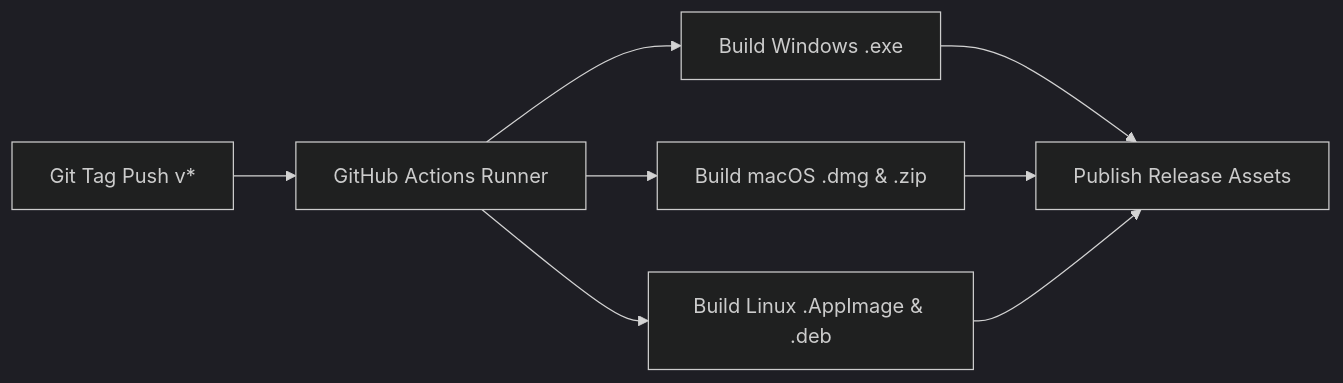
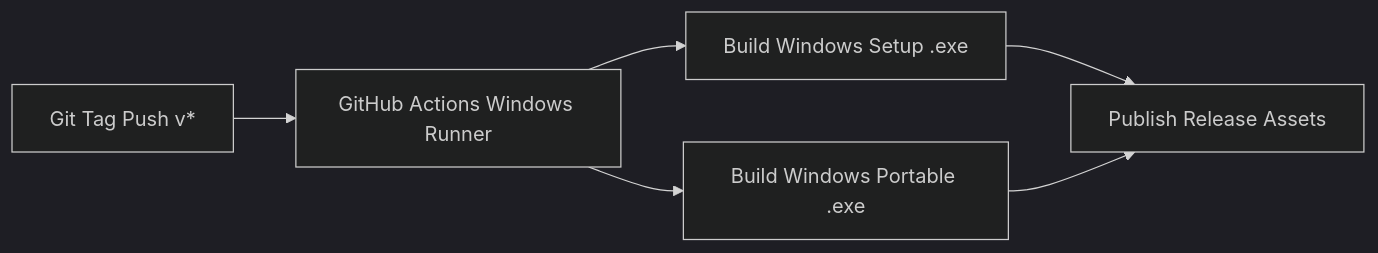
Before and after one commit to SuryaK999/Mini-Music-Desktop-Player-: the first of 2 diagrams in README.md, drawn with Mermaid (dark theme). The commit also changed other lines of this file, not shown here.

Commit message:
docs: refine README with accurate Windows pipeline diagrams and build commands

````diff
--- a/README.md
+++ b/README.md
@@ -102,10 +102,8 @@
 ```mermaid
 graph LR
-    A[Git Tag Push v*] --> B[GitHub Actions Runner]
-    B --> C[Build Windows .exe]
-    B --> D[Build macOS .dmg & .zip]
-    B --> E[Build Linux .AppImage & .deb]
-    C --> F[Publish Release Assets]
-    D --> F
-    E --> F
+    A[Git Tag Push v*] --> B[GitHub Actions Windows Runner]
+    B --> C[Build Windows Setup .exe]
+    B --> D[Build Windows Portable .exe]
+    C --> E[Publish Release Assets]
+    D --> E
 ```
````
